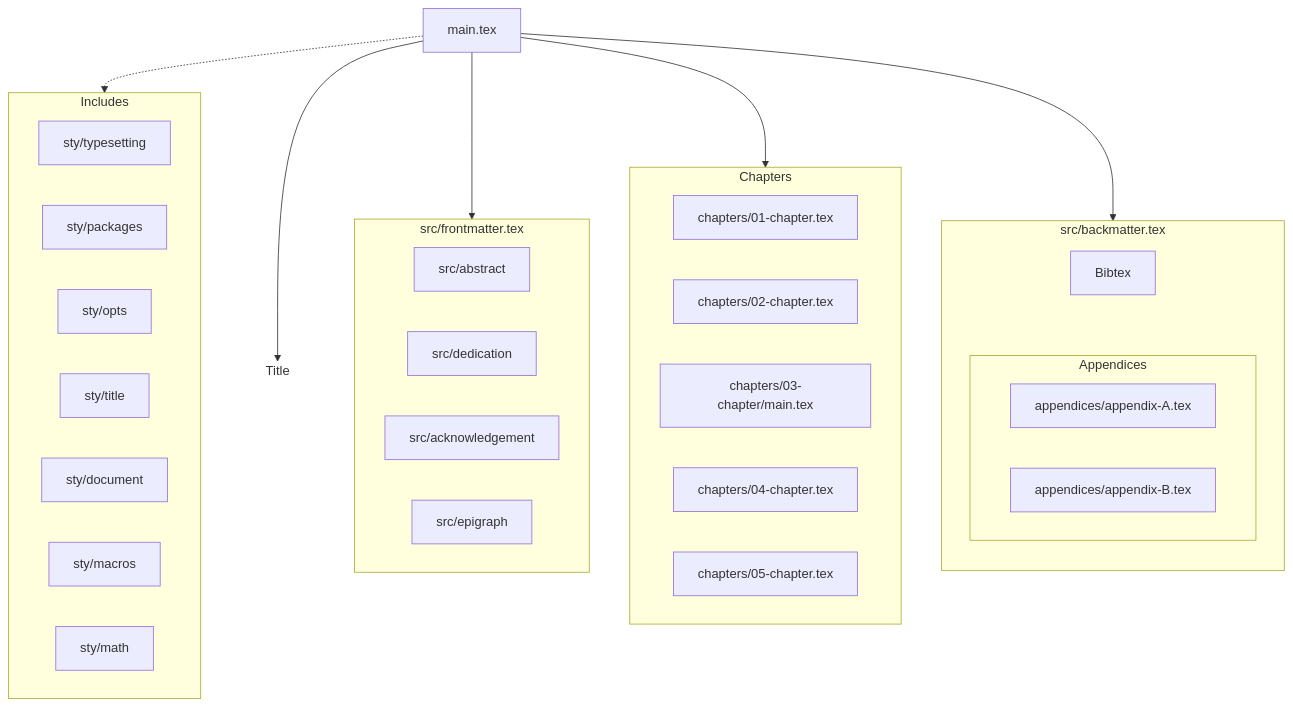
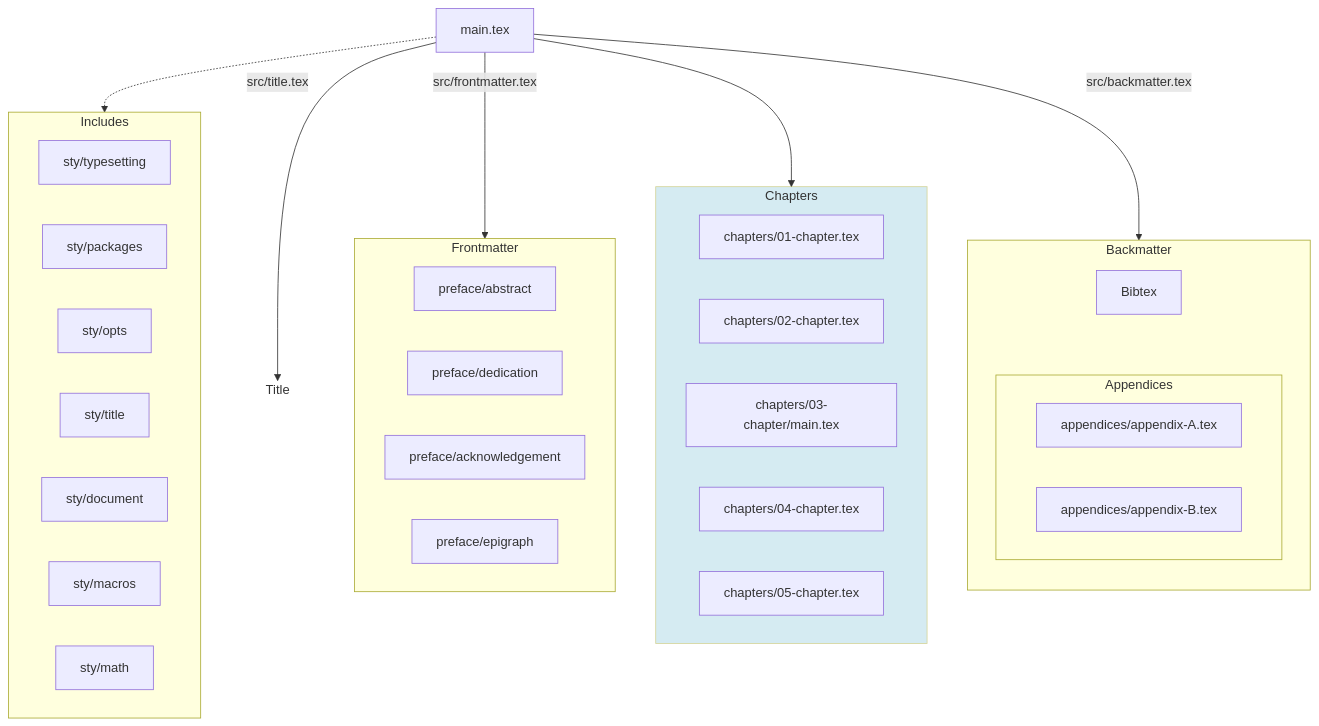
Before and after one commit to dmadisetti/Bibeks-Dissertation-Template: the diagram in README.md, drawn with Mermaid. The commit also changed other lines of this file and 9 other files, not shown here.

````diff
--- a/README.md
+++ b/README.md
@@ -7,49 +172,54 @@
 ```mermaid
 graph TB
     subgraph B[Includes]
         a[sty/typesetting]
         b[sty/packages]
         c[sty/opts]
         d[sty/title]
         e[sty/document]
         f[sty/macros]
         g[sty/math]
     end
 
     subgraph E[Chapters]
         M[chapters/01-chapter.tex]
         N[chapters/02-chapter.tex]
         O[chapters/03-chapter/main.tex]
         P[chapters/04-chapter.tex]
         Q[chapters/05-chapter.tex]
     end
 
-    subgraph F[src/backmatter.tex]
+    subgraph F[Backmatter]
         direction TB
         Bibtex
         subgraph Appendices
             S[appendices/appendix-A.tex]
             T[appendices/appendix-B.tex]
         end
         Bibtex ~~~ Appendices
     end
 
-    subgraph D[src/frontmatter.tex]
-        src/abstract
-        src/dedication
-        src/acknowledgement
-        src/epigraph
+    subgraph D[Frontmatter]
+        preface/abstract
+        preface/dedication
+        preface/acknowledgement
+        preface/epigraph
     end
 
     subgraph C[Title]
         x(( )):::invis
     end
 
     A[main.tex] -.-> B
-    A --> C
-    A --> D
+    A -- src/title.tex --> C
+    A -- src/frontmatter.tex --> D
     A --> E
-    A --> F
-    style x fill:none,stroke:none,color:transparent,stroke-width:0px 
-    style C fill:none,stroke:none,stroke-width:0px 
+    A -- src/backmatter.tex --> F
+
+    %% Title must be a subgraph to apprear in the correct order. Play around
+    %% with stylings to be consistent.
+    style x fill:none,stroke:none,color:transparent,stroke-width:0px
+    style C fill:none,stroke:none,stroke-width:0px
+
+    style E fill:#ADD8E6,opacity:0.5
 ```
````
